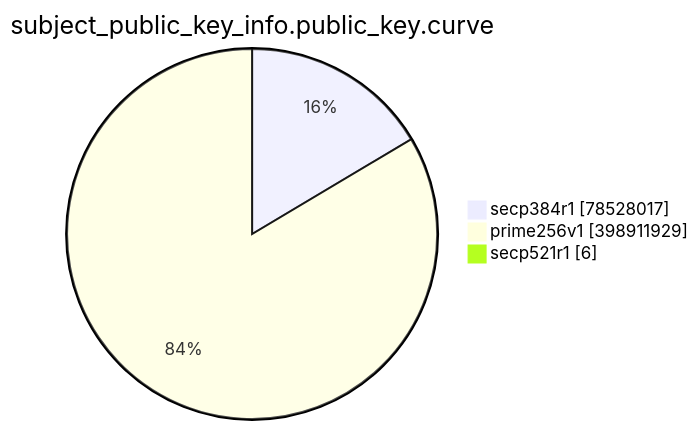
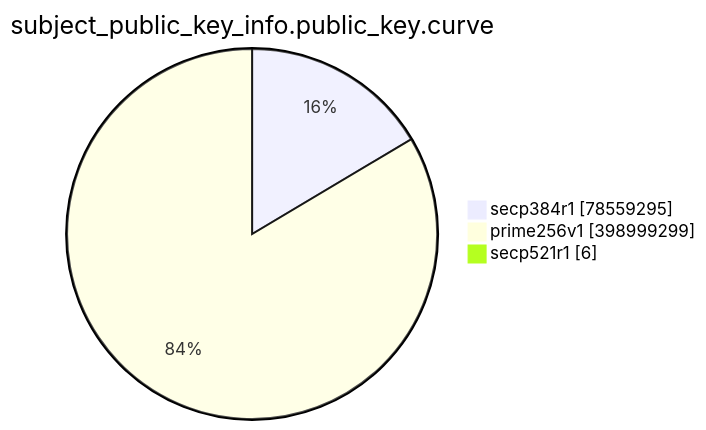
The eighth of 15 diagrams in TOTAL/README.md (christiankrug/ctmonitor_visualization), drawn with Mermaid before and after one commit. The commit also changed other lines of this file, not shown here.

````diff
--- a/TOTAL/README.md
+++ b/TOTAL/README.md
@@ -3095,7 +3095,7 @@
 ```mermaid
 pie showData
 title subject_public_key_info.public_key.curve
-"secp384r1" :78528017
-"prime256v1" :398911929
+"secp384r1" :78559295
+"prime256v1" :398999299
 "secp521r1" :6
 ```
````
